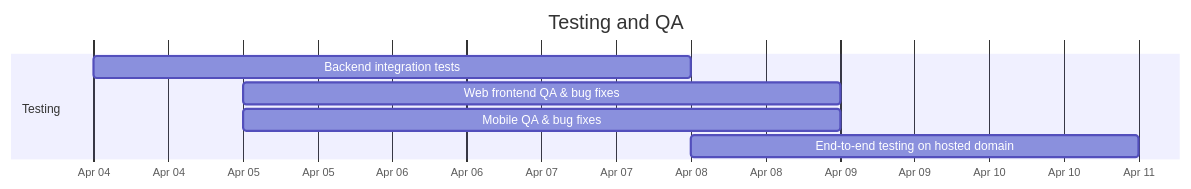
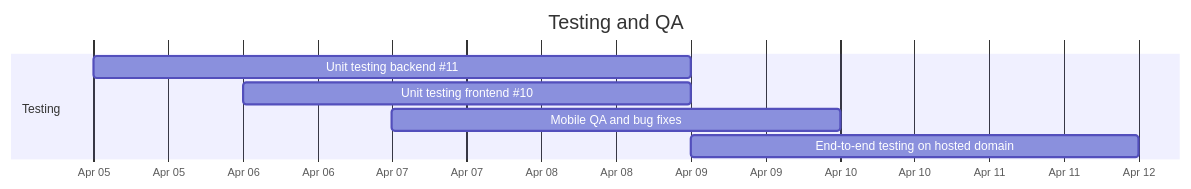
One commit to LuizGomes56/poosd_final_project changed the sixth of 7 diagrams in GANTT.md. Above: the diagram before and after it, drawn with Mermaid. The commit also changed other lines of this file, not shown here.

Commit message:
updated gantt chart

````diff
--- a/GANTT.md
+++ b/GANTT.md
@@ -114,12 +138,12 @@
 ```mermaid
 gantt
     title Testing and QA
     dateFormat  YYYY-MM-DD
     axisFormat  %b %d
 
     section Testing
-    Backend integration tests            : test1, 2026-04-04, 2026-04-08
-    Web frontend QA & bug fixes          : test2, 2026-04-05, 2026-04-09
-    Mobile QA & bug fixes                : test3, 2026-04-05, 2026-04-09
-    End-to-end testing on hosted domain  : test4, 2026-04-08, 2026-04-11
+    Unit testing backend #11               : test1, 2026-04-05, 2026-04-09
+    Unit testing frontend #10              : test2, 2026-04-06, 2026-04-09
+    Mobile QA and bug fixes                : test3, 2026-04-07, 2026-04-10
+    End-to-end testing on hosted domain    : test4, 2026-04-09, 2026-04-12
 ```
````
